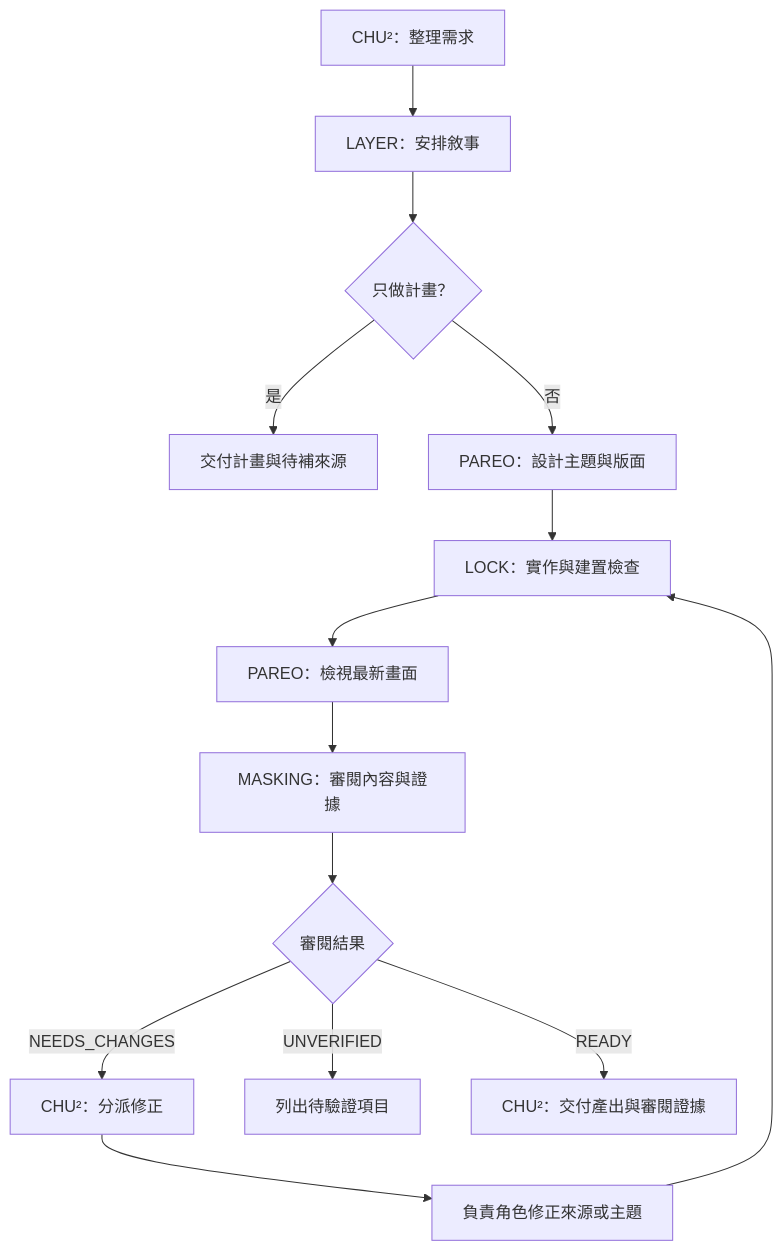
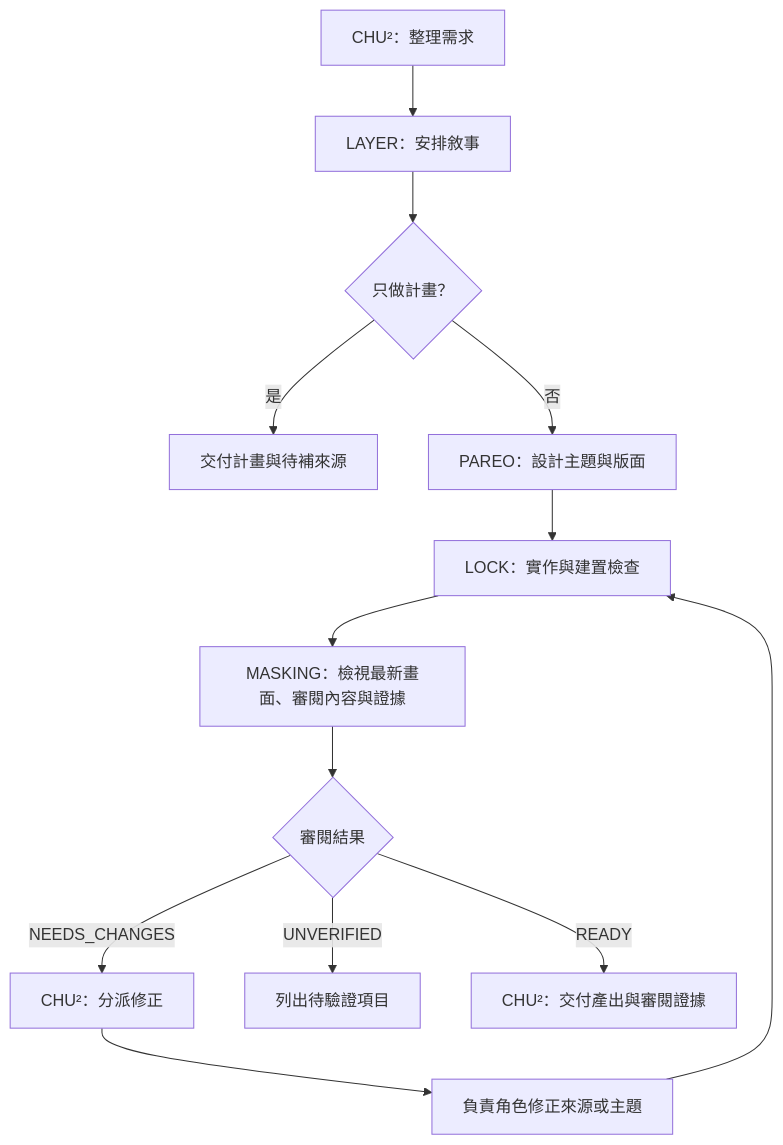
One commit to Lee-W/ras changed the diagram in docs/workflow-zh-tw.md. Above: the diagram before and after it, drawn with Mermaid. The commit also changed other lines of this file and 21 other files, not shown here.

````diff
--- a/docs/workflow-zh-tw.md
+++ b/docs/workflow-zh-tw.md
@@ -53,16 +65,15 @@
 ```mermaid
 flowchart TD
   A["CHU²：整理需求"] --> B["LAYER：安排敘事"]
   B --> C{"只做計畫？"}
   C -->|是| D["交付計畫與待補來源"]
   C -->|否| E["PAREO：設計主題與版面"]
   E --> F["LOCK：實作與建置檢查"]
-  F --> G["PAREO：檢視最新畫面"]
-  G --> H["MASKING：審閱內容與證據"]
+  F --> H["MASKING：檢視最新畫面、審閱內容與證據"]
   H --> I{"審閱結果"}
   I -->|NEEDS_CHANGES| J["CHU²：分派修正"]
   J --> K["負責角色修正來源或主題"]
   K --> F
   I -->|UNVERIFIED| L["列出待驗證項目"]
   I -->|READY| M["CHU²：交付產出與審閱證據"]
 ```
````
